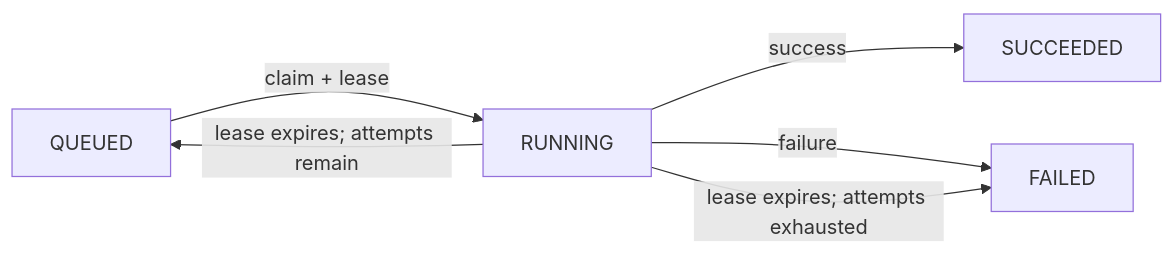
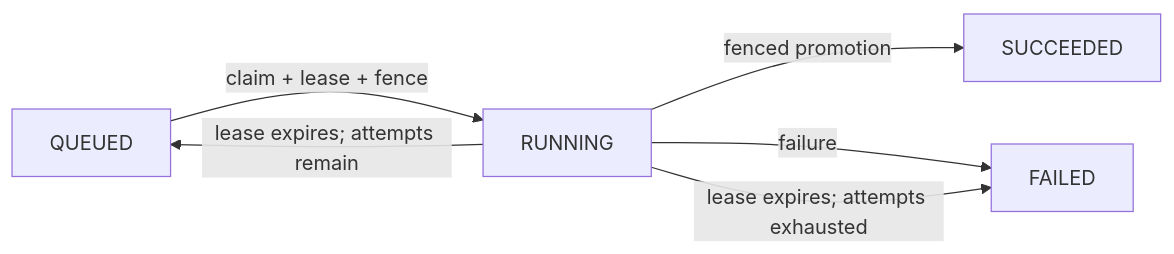
Before and after one commit to BackendArchitectX/networksecurity: the diagram in docs/DESIGN_REVIEW.md, drawn with Mermaid. The commit also changed other lines of this file, not shown here.

Commit message:
Document implemented lease fencing and staged promotion

````diff
--- a/docs/DESIGN_REVIEW.md
+++ b/docs/DESIGN_REVIEW.md
@@ -47,8 +48,8 @@
 ```mermaid
 flowchart LR
-    Q[QUEUED] -->|claim + lease| R[RUNNING]
-    R -->|success| S[SUCCEEDED]
+    Q[QUEUED] -->|claim + lease + fence| R[RUNNING]
+    R -->|fenced promotion| S[SUCCEEDED]
     R -->|failure| F[FAILED]
     R -->|lease expires; attempts remain| Q
     R -->|lease expires; attempts exhausted| F
 ```
````
